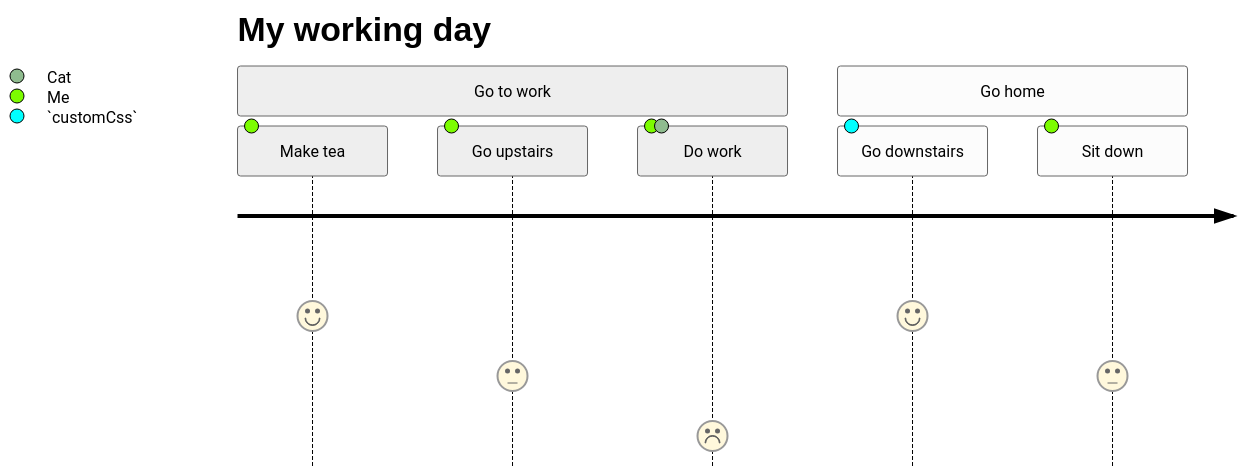
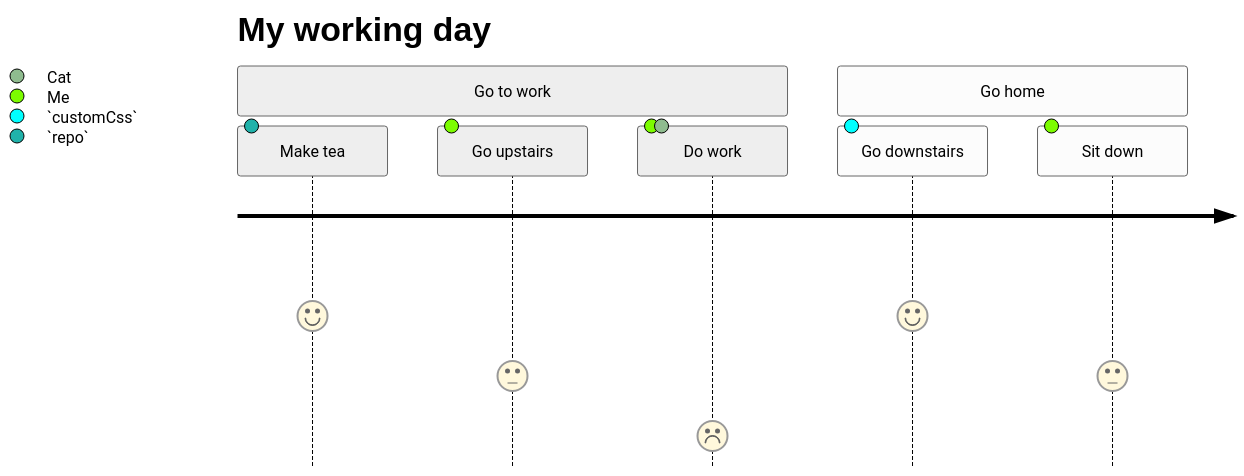
Before and after one commit to Noaozer/NoaRepo: the diagram in .swm/noa.1l0wi.sw.md, drawn with Mermaid (neutral theme). The commit also changed other lines of this file, not shown here.

Commit message:
docs(swimm): update doc: "noa"

````diff
--- a/.swm/noa.1l0wi.sw.md
+++ b/.swm/noa.1l0wi.sw.md
@@ -9,13 +9,12 @@
 ```mermaid
 journey
 title My working day
 section Go to work
-Make tea: 5: Me
+Make tea: 5: `repo`
 Go upstairs: 3: Me
 Do work: 1: Me, Cat
 section Go home
 Go downstairs: 5: `customCss`
 Sit down: 3: Me
 
-
 ```
````
